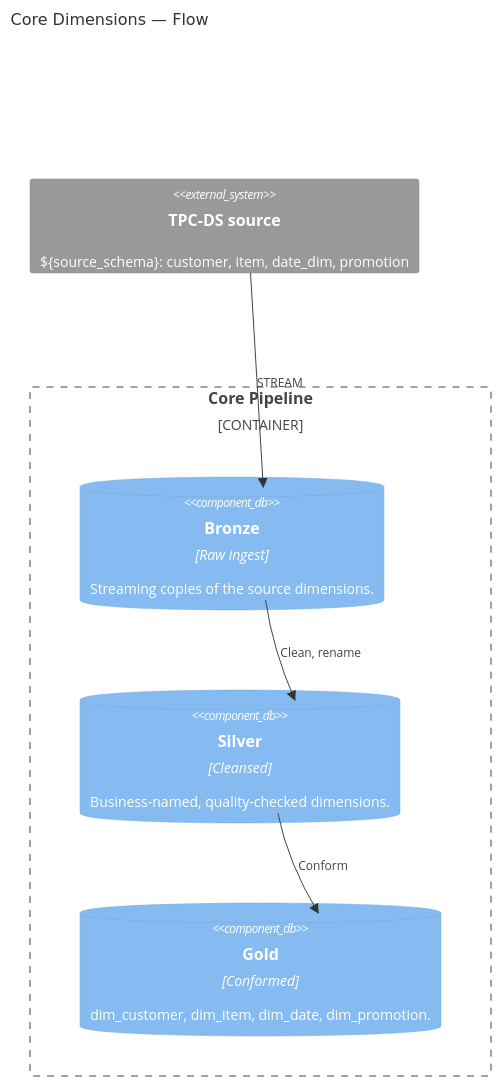
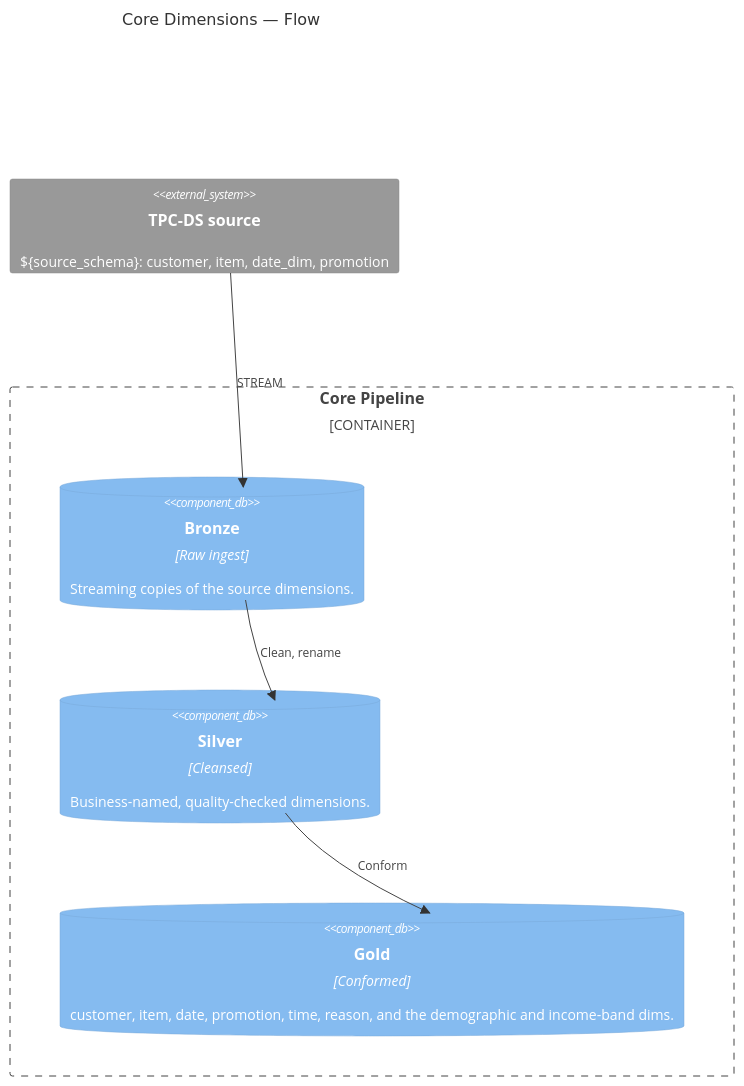
The diagram in docs/modules/core.md (marcinkostkiewiczlingaro/dbx_meetup_demo), drawn with Mermaid before and after one commit. The commit also changed other lines of this file and 18 other files, not shown here.

````diff
--- a/docs/modules/core.md
+++ b/docs/modules/core.md
@@ -22,17 +22,17 @@
 ```mermaid
 C4Component
   title Core Dimensions — Flow
 
   System_Ext(src, "TPC-DS source", "${source_schema}: customer, item, date_dim, promotion")
 
   Container_Boundary(pipe, "Core Pipeline") {
     ComponentDb(bronze, "Bronze", "Raw ingest", "Streaming copies of the source dimensions.")
     ComponentDb(silver, "Silver", "Cleansed", "Business-named, quality-checked dimensions.")
-    ComponentDb(gold, "Gold", "Conformed", "dim_customer, dim_item, dim_date, dim_promotion.")
+    ComponentDb(gold, "Gold", "Conformed", "customer, item, date, promotion, time, reason, and the demographic and income-band dims.")
   }
 
   Rel(src, bronze, "STREAM")
   Rel(bronze, silver, "Clean, rename")
   Rel(silver, gold, "Conform")
   UpdateLayoutConfig($c4ShapeInRow="3", $c4BoundaryInRow="1")
 ```
````
